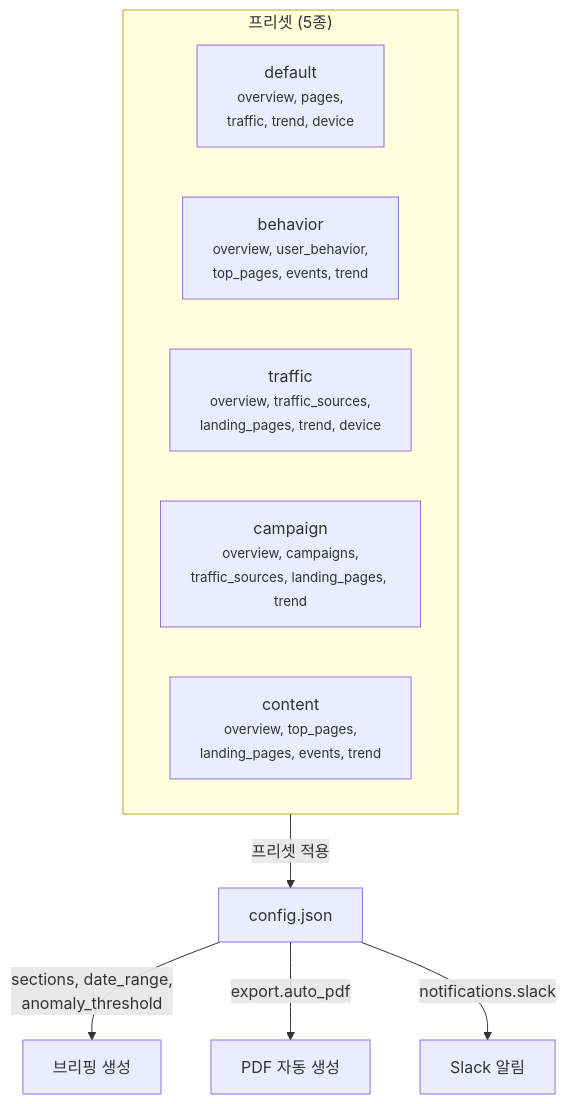
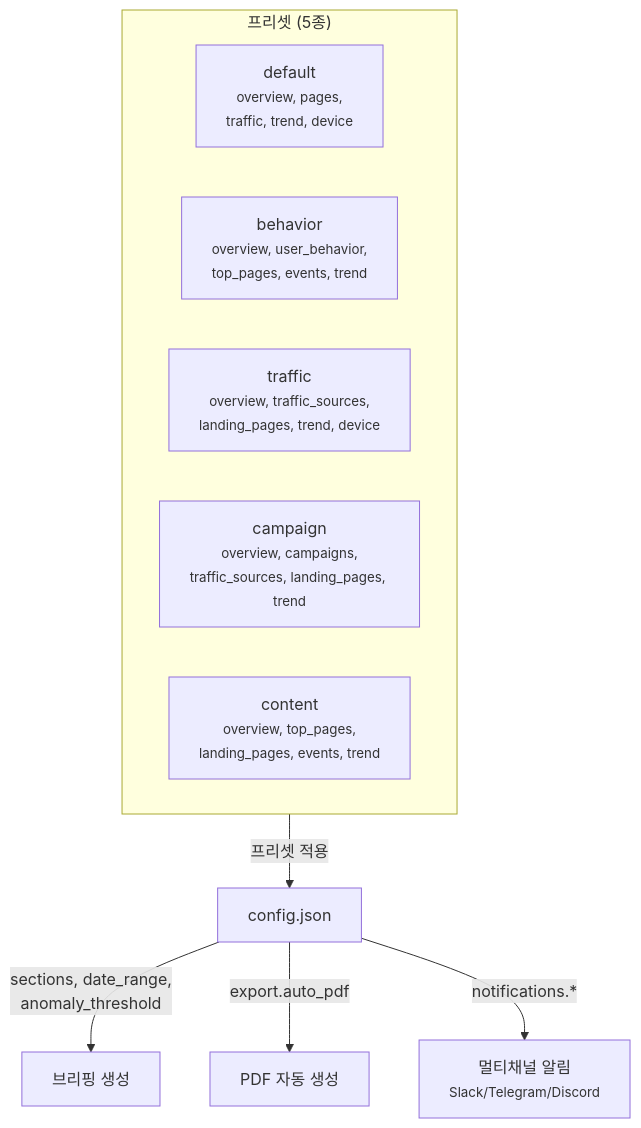
Before and after one commit to leeys-dnulbo/smart-daily-briefing: the seventh of 10 diagrams in ARCHITECTURE.md, drawn with Mermaid. The commit also changed other lines of this file and 33 other files, not shown here.

````diff
--- a/ARCHITECTURE.md
+++ b/ARCHITECTURE.md
@@ -188,18 +192,18 @@
 ```mermaid
 graph TB
     subgraph Presets["프리셋 (5종)"]
         P1["default<br/><small>overview, pages,<br/>traffic, trend, device</small>"]
         P2["behavior<br/><small>overview, user_behavior,<br/>top_pages, events, trend</small>"]
         P3["traffic<br/><small>overview, traffic_sources,<br/>landing_pages, trend, device</small>"]
         P4["campaign<br/><small>overview, campaigns,<br/>traffic_sources, landing_pages, trend</small>"]
         P5["content<br/><small>overview, top_pages,<br/>landing_pages, events, trend</small>"]
     end
 
     Config["config.json"]
     Briefing["브리핑 생성"]
 
     Presets -->|프리셋 적용| Config
     Config -->|sections, date_range,<br/>anomaly_threshold| Briefing
     Config -->|export.auto_pdf| PDF[PDF 자동 생성]
-    Config -->|notifications.slack| Slack[Slack 알림]
+    Config -->|notifications.*| Notify[멀티채널 알림<br/><small>Slack/Telegram/Discord</small>]
 ```
````
